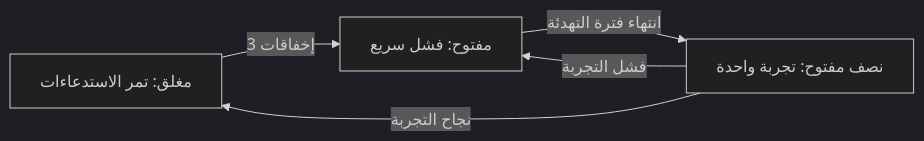
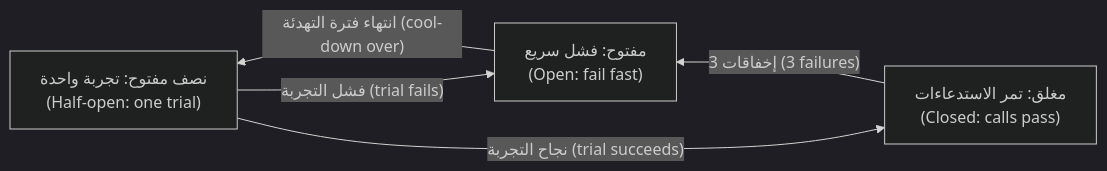
One commit to Tamoura/system-design-for-vibe-coders changed the second of 2 diagrams in testing/modules/04-qualities.ar.md. Above: the diagram before and after it, drawn with Mermaid (dark theme). The commit also changed other lines of this file and 39 other files, not shown here.

````diff
--- a/testing/modules/04-qualities.ar.md
+++ b/testing/modules/04-qualities.ar.md
@@ -854,7 +854,7 @@
 ```mermaid
-flowchart LR
-    C["مغلق: تمر الاستدعاءات"] -->|"3 إخفاقات"| O["مفتوح: فشل سريع"]
-    O -->|"انتهاء فترة التهدئة"| H["نصف مفتوح: تجربة واحدة"]
-    H -->|"نجاح التجربة"| C
-    H -->|"فشل التجربة"| O
+flowchart RL
+    C["مغلق: تمر الاستدعاءات<br/>(Closed: calls pass)"] -->|"3 إخفاقات (3 failures)"| O["مفتوح: فشل سريع<br/>(Open: fail fast)"]
+    O -->|"انتهاء فترة التهدئة (cool-down over)"| H["نصف مفتوح: تجربة واحدة<br/>(Half-open: one trial)"]
+    H -->|"نجاح التجربة (trial succeeds)"| C
+    H -->|"فشل التجربة (trial fails)"| O
 ```
````
